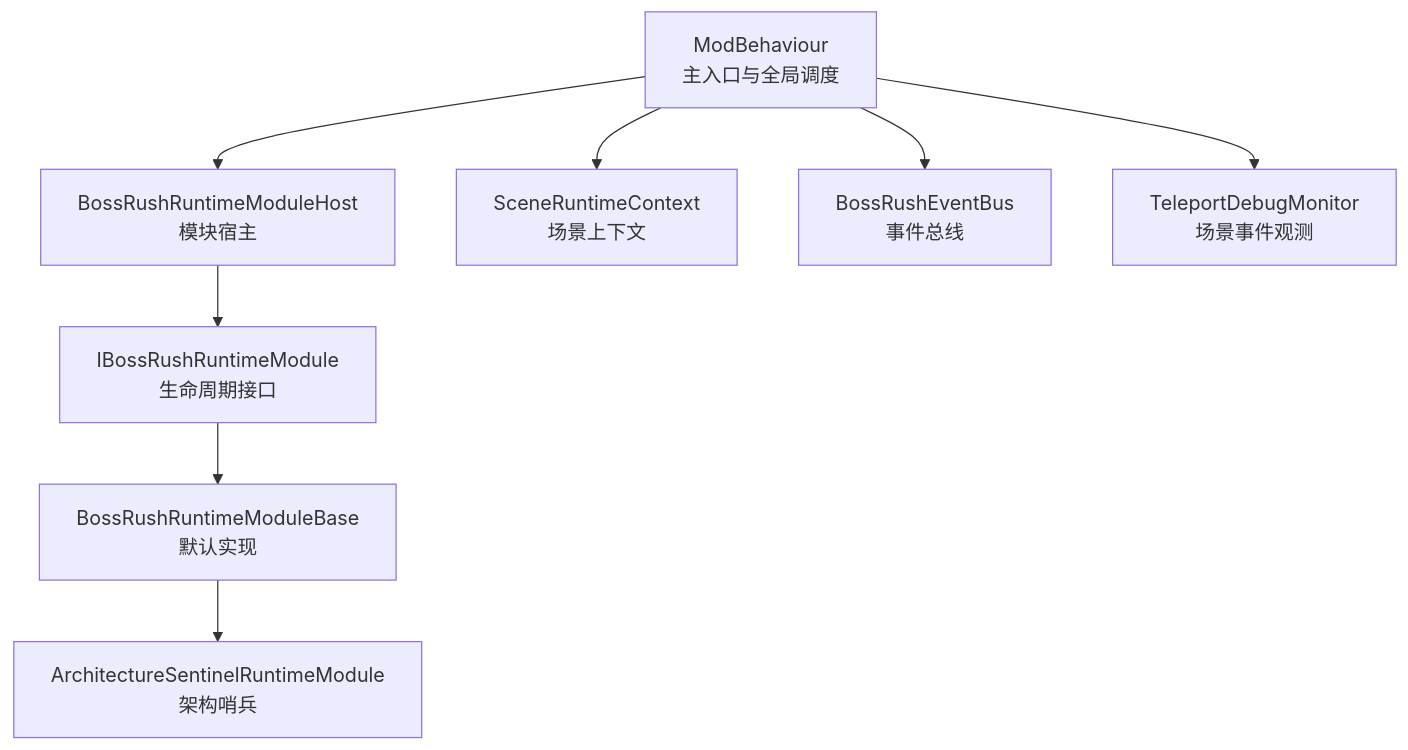
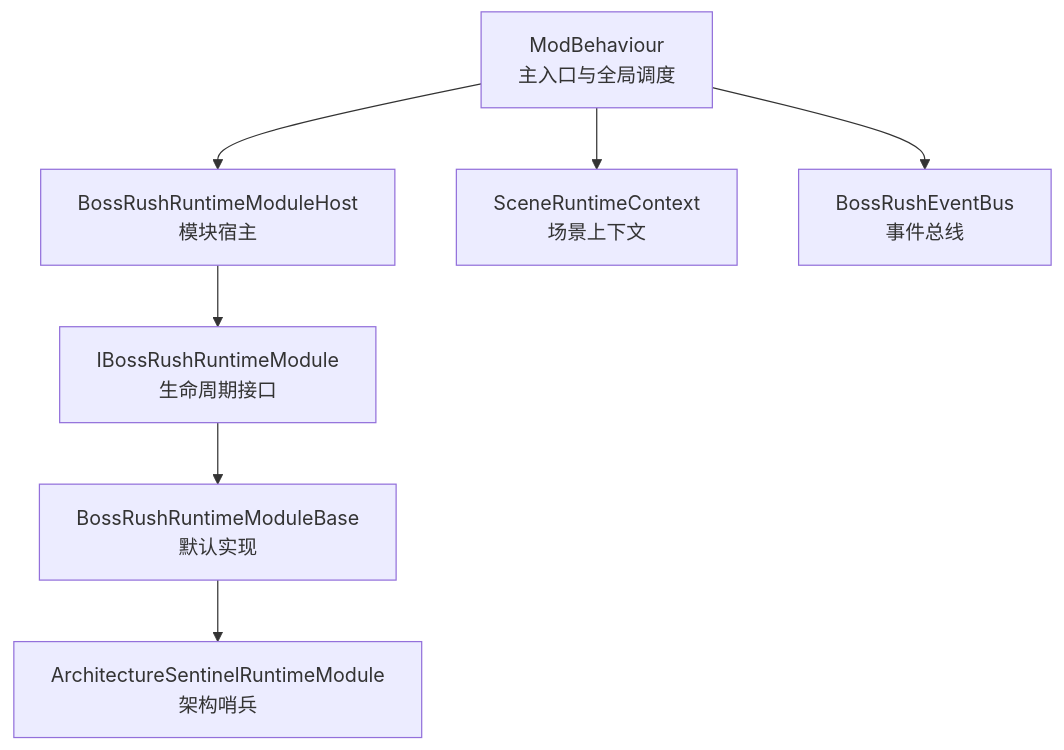
One commit to GASEN1216/BossRushMod changed the first of 5 diagrams in .qoder/repowiki/zh/content/架构设计/生命周期管理.md. Above: the diagram before and after it, drawn with Mermaid. The commit also changed other lines of this file and 21 other files, not shown here.

````diff
--- a/.qoder/repowiki/zh/content/架构设计/生命周期管理.md
+++ b/.qoder/repowiki/zh/content/架构设计/生命周期管理.md
@@ -45,10 +43,9 @@
 ```mermaid
 graph TB
 MB["ModBehaviour<br/>主入口与全局调度"] --> Host["BossRushRuntimeModuleHost<br/>模块宿主"]
 Host --> Iface["IBossRushRuntimeModule<br/>生命周期接口"]
 Iface --> Base["BossRushRuntimeModuleBase<br/>默认实现"]
 Base --> Sentinel["ArchitectureSentinelRuntimeModule<br/>架构哨兵"]
 MB --> Ctx["SceneRuntimeContext<br/>场景上下文"]
 MB --> Bus["BossRushEventBus<br/>事件总线"]
-MB --> Debug["TeleportDebugMonitor<br/>场景事件观测"]
 ```
````
